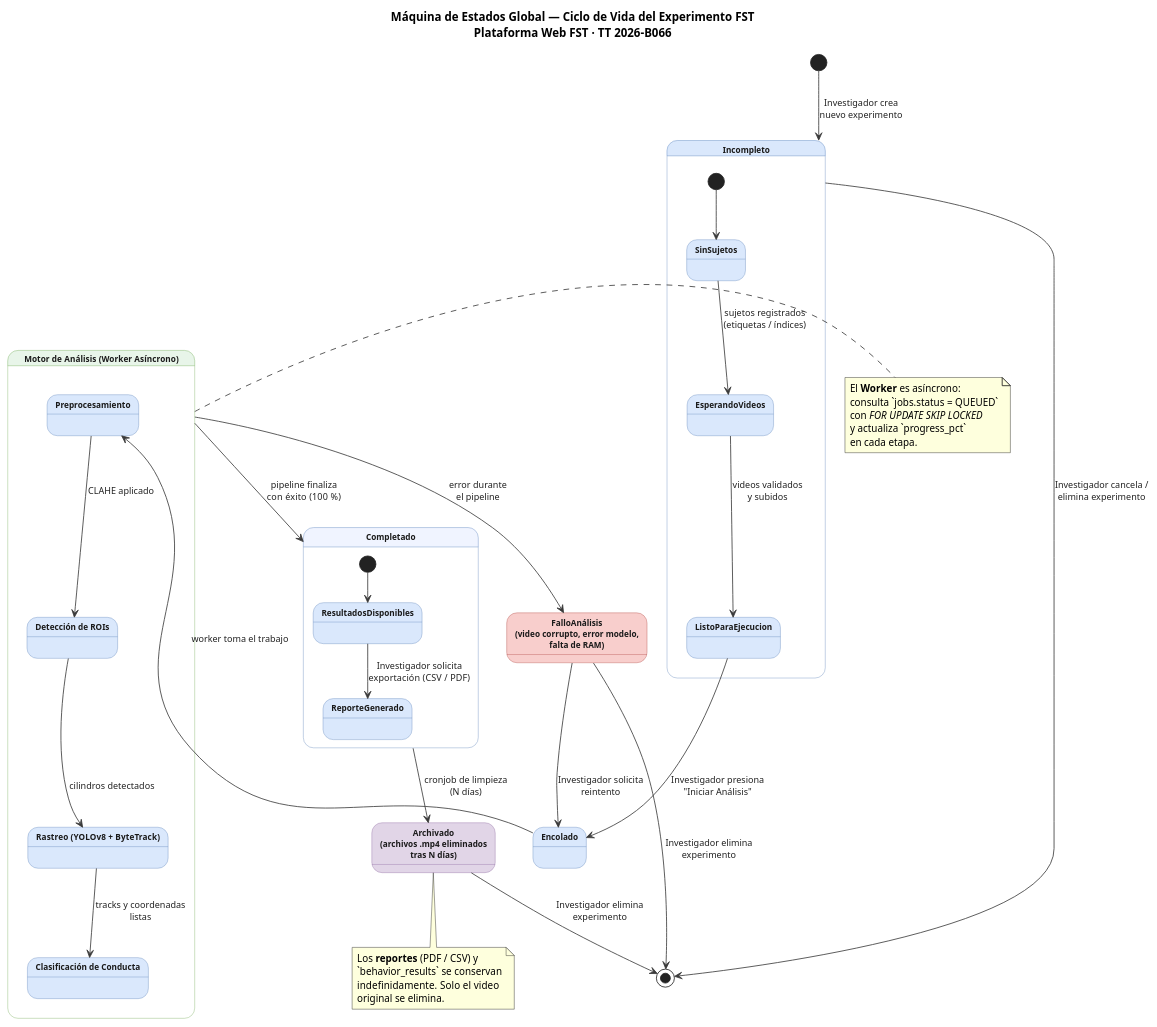
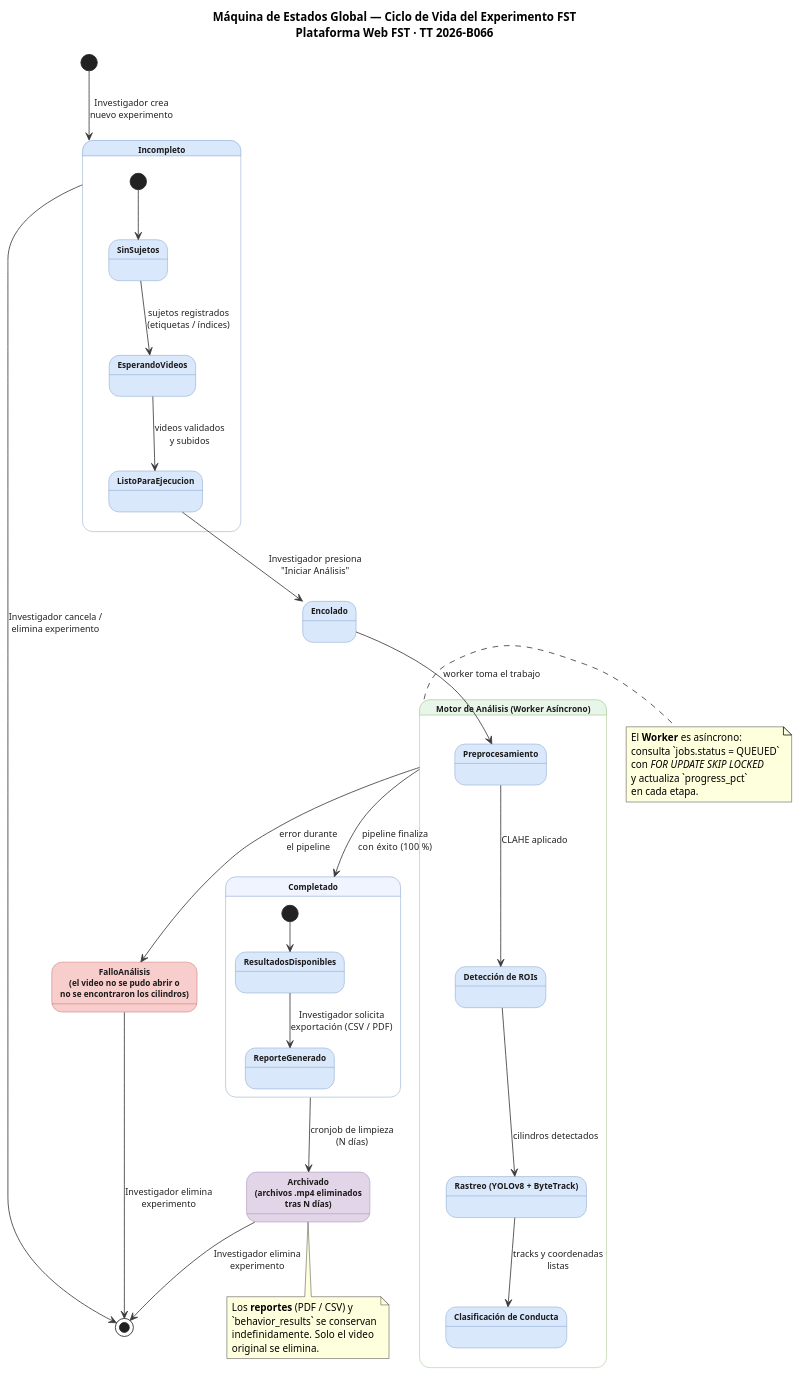
One commit to ErickJester/fst-ai-system-latex changed the diagram in diagramas/ciclo_vida_experimento.puml. Above: the diagram before and after it, drawn with PlantUML. The commit also changed 13 other files, not shown here.

```diff
--- a/diagramas/ciclo_vida_experimento.puml
+++ b/diagramas/ciclo_vida_experimento.puml
@@ -1,103 +1,103 @@
 @startuml "Ciclo-De-Vida-Experimento-FST"
 title Máquina de Estados Global — Ciclo de Vida del Experimento FST\nPlataforma Web FST · TT 2026-B066
 
 ' ========= ESTILO ==========================================================
 skinparam defaultFontName Arial
 skinparam defaultFontSize 12
 skinparam shadowing false
 skinparam ArrowColor #3A3A3A
 skinparam ArrowFontColor #222222
 skinparam ArrowFontSize 11
 
 skinparam state {
   FontSize 12
   FontStyle bold
   AttributeFontSize 10
 
   BackgroundColor #DAE8FC
   BorderColor     #6C8EBF
   FontColor       #1A1A1A
 
   BackgroundColor<<error>>      #F8CECC
   BorderColor<<error>>          #B85450
   FontColor<<error>>            #1A1A1A
 
   BackgroundColor<<archivo>>    #E1D5E7
   BorderColor<<archivo>>        #9673A6
   FontColor<<archivo>>          #1A1A1A
 
   BackgroundColor<<procesamiento>> #E8F5E9
   BorderColor<<procesamiento>>     #82B366
 
   BackgroundColor<<completado>>    #F0F4FF
   BorderColor<<completado>>        #6C8EBF
 }
 
 ' ========= ESTADO INICIAL ==================================================
 [*] --> Incompleto : Investigador crea\nnuevo experimento
 
 ' ========= COMPOSITE: INCOMPLETO ===========================================
 state Incompleto {
   [*] --> SinSujetos
   SinSujetos       --> EsperandoVideos      : sujetos registrados\n(etiquetas / índices)
   EsperandoVideos  --> ListoParaEjecucion   : videos validados\ny subidos
 }
 
 ' ========= TRANSICIÓN A MOTOR ==============================================
 ListoParaEjecucion --> Encolado : Investigador presiona\n"Iniciar Análisis"
 
 ' ========= COMPOSITE: MOTOR DE ANÁLISIS ====================================
 state "Motor de Análisis  (Worker Asíncrono)" as Procesamiento <<procesamiento>> {
   state Encolado
   state "Preprocesamiento"              as Preproc
   state "Detección de ROIs"             as ROIs
   state "Rastreo  (YOLOv8 + ByteTrack)" as Tracking
   state "Clasificación de Conducta"     as Clasificacion
 
   Encolado      --> Preproc       : worker toma el trabajo
   Preproc       --> ROIs          : CLAHE aplicado
   ROIs          --> Tracking      : cilindros detectados
   Tracking      --> Clasificacion : tracks y coordenadas\nlistas
 }
 
-' ========= FALLO Y REINTENTO ===============================================
-state "FalloAnálisis\n(video corrupto, error modelo,\nfalta de RAM)" as FalloAnalisis <<error>>
+' ========= FALLO ===========================================================
+' Sin reintento: el investigador no puede reiniciar un analisis (RN-04).
+state "FalloAnálisis\n(el video no se pudo abrir o\nno se encontraron los cilindros)" as FalloAnalisis <<error>>
 
 Procesamiento --> FalloAnalisis : error durante\nel pipeline
-FalloAnalisis --> Encolado      : Investigador solicita\nreintento
 
 ' ========= COMPOSITE: COMPLETADO ===========================================
 Procesamiento --> Completado : pipeline finaliza\ncon éxito  (100 %)
 
 state Completado <<completado>> {
   [*] --> ResultadosDisponibles
   ResultadosDisponibles --> ReporteGenerado : Investigador solicita\nexportación  (CSV / PDF)
 }
 
 ' ========= ARCHIVADO =======================================================
 state "Archivado\n(archivos .mp4 eliminados\ntras N días)" as Archivado <<archivo>>
 
 Completado --> Archivado : cronjob de limpieza\n(N días)
 
 ' ========= FINAL ===========================================================
 Archivado     --> [*] : Investigador elimina\nexperimento
 FalloAnalisis --> [*] : Investigador elimina\nexperimento
 Incompleto    --> [*] : Investigador cancela /\nelimina experimento
 
 ' ========= NOTAS ===========================================================
 note right of Procesamiento
   El **Worker** es asíncrono:
   consulta `jobs.status = QUEUED`
   con //FOR UPDATE SKIP LOCKED//
   y actualiza `progress_pct`
   en cada etapa.
 end note
 
 note bottom of Archivado
   Los **reportes** (PDF / CSV) y
   `behavior_results` se conservan
   indefinidamente.  Solo el video
   original se elimina.
 end note
 
 @enduml
```
